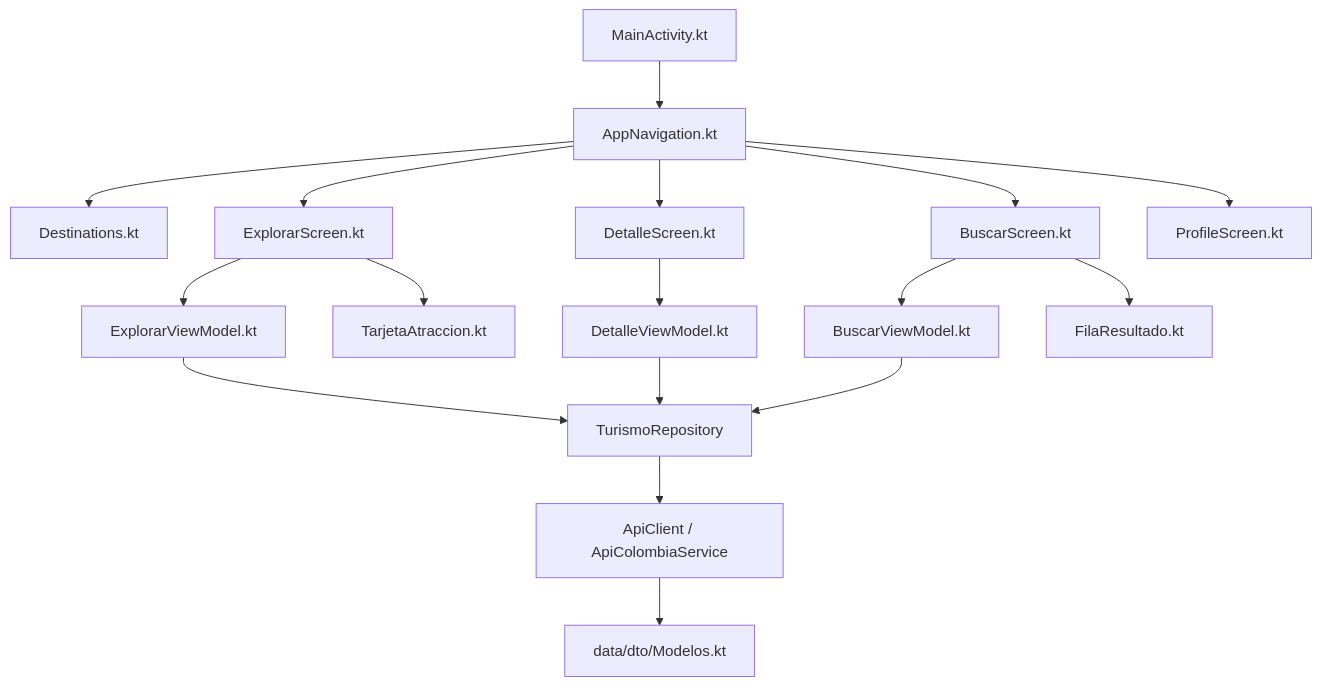
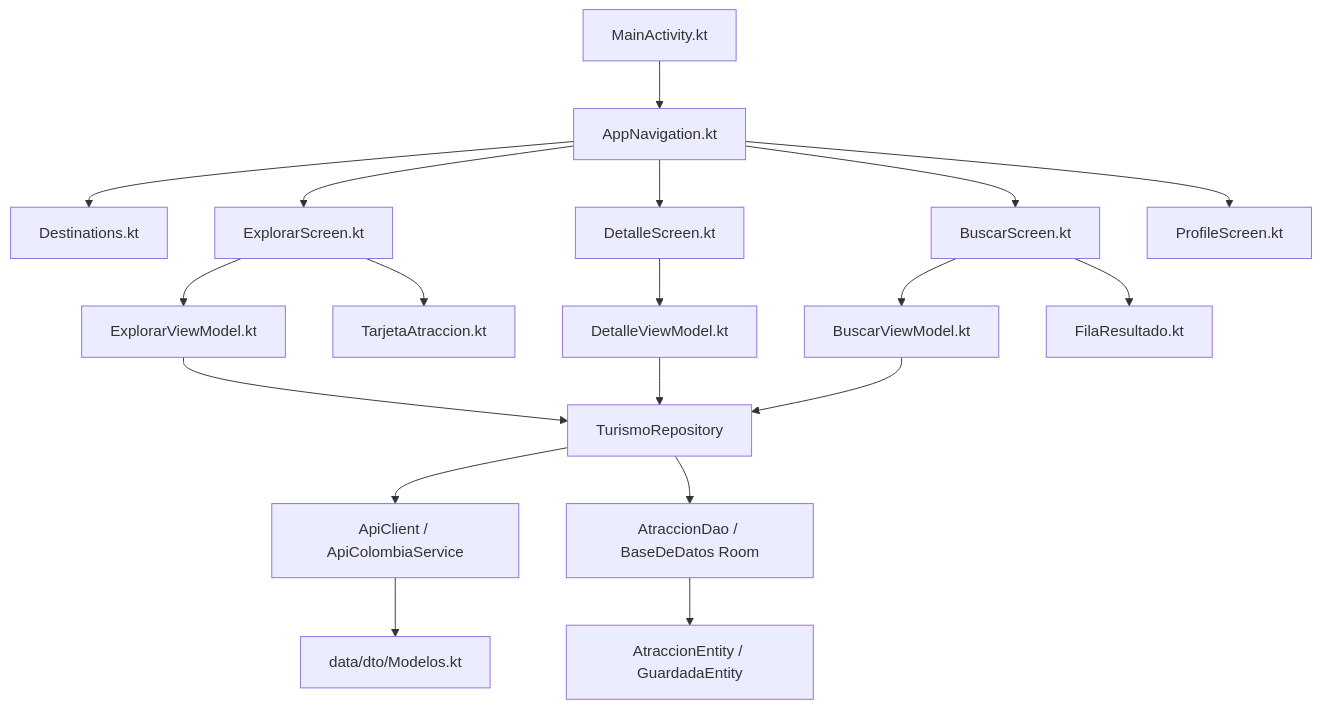
The diagram in app/src/main/java/com/rumbocolombia/android/docs/tutorial_arquitectura.md (robledocordoba123-cmyk/android-design-rumbocolombia), drawn with Mermaid before and after one commit. The commit also changed other lines of this file and 14 other files, not shown here.

Commit message:
Capa de Datos local con Room: tablas atracciones y guardadas, DAO y repositorio con API + Room (funciona sin internet)

````diff
--- a/app/src/main/java/com/rumbocolombia/android/docs/tutorial_arquitectura.md
+++ b/app/src/main/java/com/rumbocolombia/android/docs/tutorial_arquitectura.md
@@ -57,19 +64,21 @@
 ```mermaid
 flowchart TB
     MA[MainActivity.kt] --> AN[AppNavigation.kt]
     AN --> DE[Destinations.kt]
     AN --> EX[ExplorarScreen.kt]
     AN --> DS[DetalleScreen.kt]
     AN --> BS[BuscarScreen.kt]
     AN --> PS[ProfileScreen.kt]
     EX --> EVM[ExplorarViewModel.kt]
     DS --> DVM[DetalleViewModel.kt]
     BS --> BVM[BuscarViewModel.kt]
     EX --> TA[TarjetaAtraccion.kt]
     BS --> FR[FilaResultado.kt]
     EVM --> REPO[TurismoRepository]
     DVM --> REPO
     BVM --> REPO
     REPO --> API[ApiClient / ApiColombiaService]
+    REPO --> DAO[AtraccionDao / BaseDeDatos Room]
     API --> DTO[data/dto/Modelos.kt]
+    DAO --> ENT[AtraccionEntity / GuardadaEntity]
 ```
````
